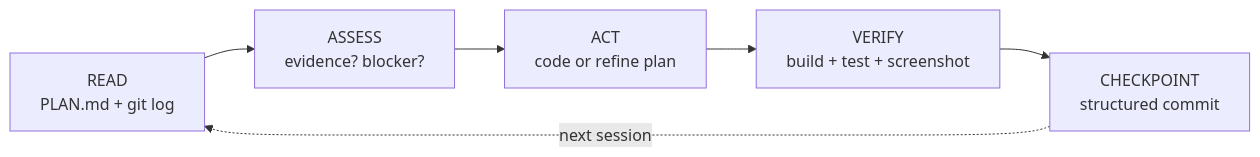
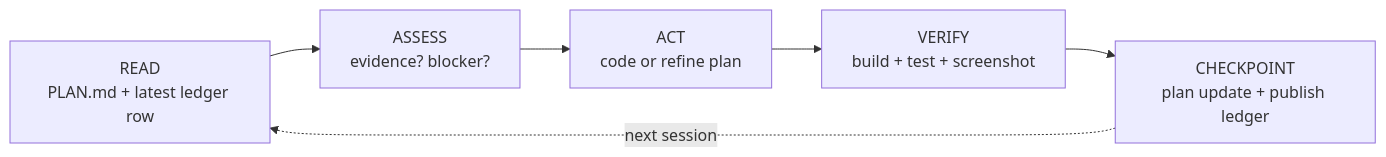
Before and after one commit to firstbitelabsllc/shadow: the first of 2 diagrams in ARCHITECTURE.md, drawn with Mermaid. The commit also changed other lines of this file and 397 other files, not shown here.

````diff
--- a/ARCHITECTURE.md
+++ b/ARCHITECTURE.md
@@ -59,11 +59,11 @@
 ```mermaid
 flowchart LR
-    R[READ<br/>PLAN.md + git log]
+    R[READ<br/>PLAN.md + latest ledger row]
     A[ASSESS<br/>evidence? blocker?]
     X[ACT<br/>code or refine plan]
     V[VERIFY<br/>build + test + screenshot]
-    C[CHECKPOINT<br/>structured commit]
+    C[CHECKPOINT<br/>plan update + publish ledger]
 
     R --> A --> X --> V --> C
     C -.->|next session| R
 ```
````
